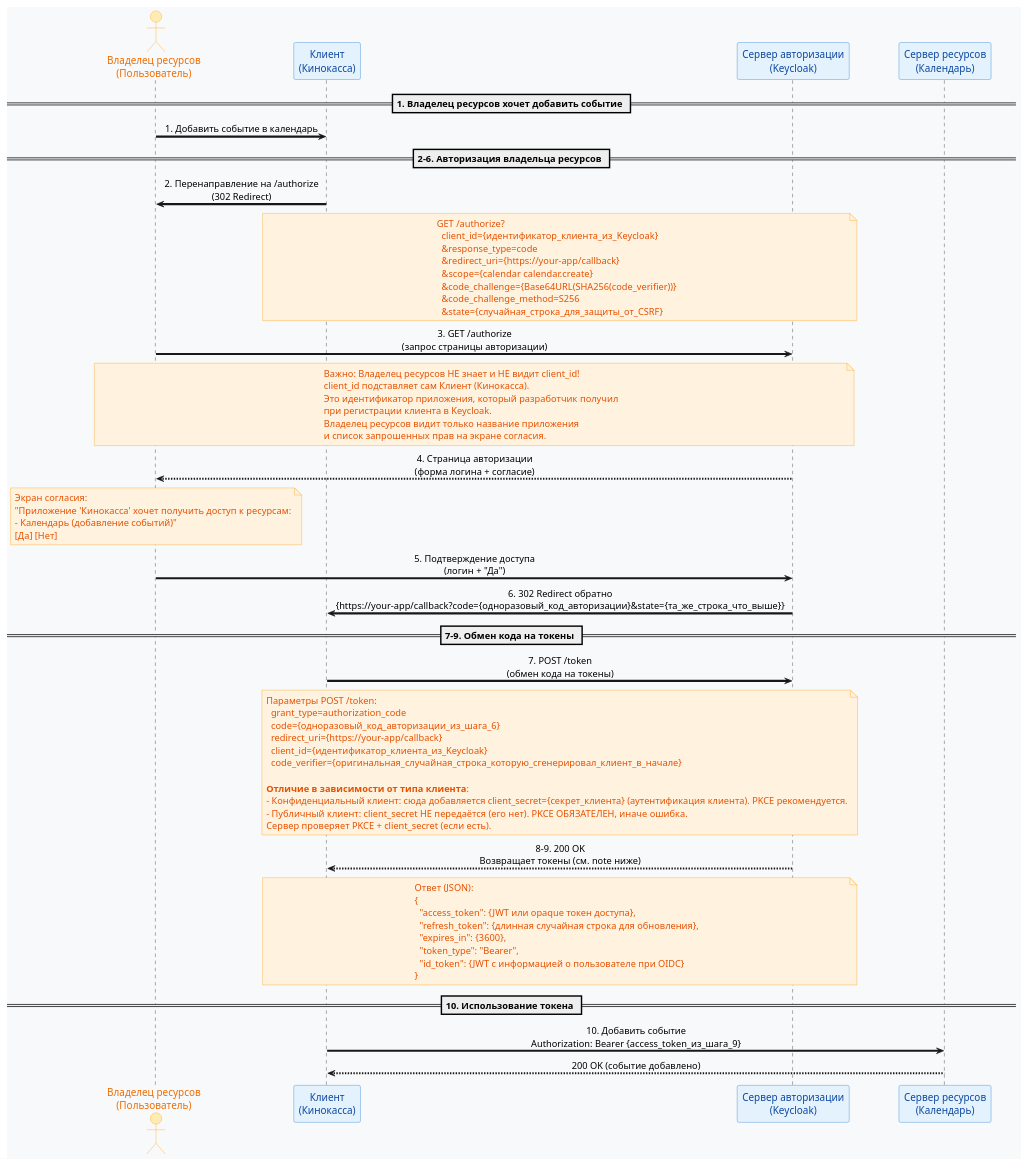
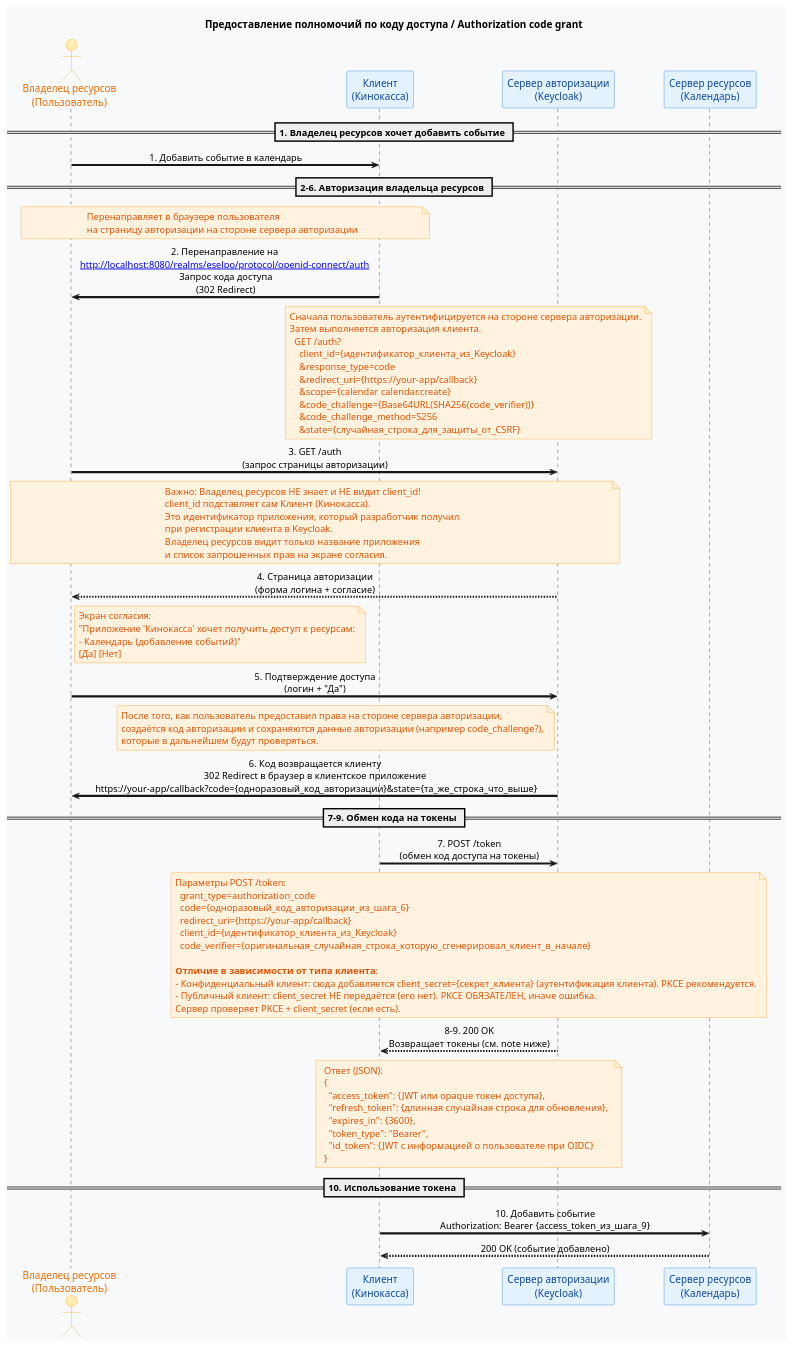
The diagram in Authorization code grant grok.puml (olaaa/plant-uml-oauth-oidc), drawn with PlantUML before and after one commit.

```diff
--- a/Authorization code grant grok.puml
+++ b/Authorization code grant grok.puml
@@ -1,109 +1,123 @@
 @startuml
 skinparam backgroundColor #F8F9FA
 skinparam ParticipantPadding 30
 skinparam BoxPadding 15
 skinparam sequenceArrowThickness 3
 skinparam sequenceMessageAlign center
 
 skinparam Participant {
   BackgroundColor #E3F2FD
   BorderColor #1976D2
   FontColor #0D47A1
 }
 skinparam Actor {
   BackgroundColor #FFECB3
   BorderColor #FFA000
   FontColor #EF6C00
 }
 skinparam Note {
   BackgroundColor #FFF3E0
   BorderColor #FF9800
   FontColor #E65100
 }
 
+title Предоставление полномочий по коду доступа / Authorization code grant
+
 actor "Владелец ресурсов\n(Пользователь)" as Owner
 participant "Клиент\n(Кинокасса)" as App
 participant "Сервер авторизации\n(Keycloak)" as Auth
 participant "Сервер ресурсов\n(Календарь)" as Resource
 
 == 1. Владелец ресурсов хочет добавить событие ==
 
 Owner -> App: 1. Добавить событие в календарь
 
 == 2–6. Авторизация владельца ресурсов ==
+note over App, Owner
+  Перенаправляет в браузере пользователя
+  на страницу авторизации на стороне сервера авторизации
+end note
 
-App -> Owner: 2. Перенаправление на /authorize\n(302 Redirect)
+App -> Owner: 2. Перенаправление на \n[[http://localhost:8080/realms/eselpo/protocol/openid-connect/auth]] \nЗапрос кода доступа\n(302 Redirect)
 
 note over App, Auth
-  GET /authorize?
+Сначала пользователь аутентифицируется на стороне сервера авторизации.
+Затем выполняется авторизация клиента.
+  GET /auth?
     client_id={идентификатор_клиента_из_Keycloak}
     &response_type=code
     &redirect_uri={https://your-app/callback}
     &scope={calendar calendar.create}
     &code_challenge={Base64URL(SHA256(code_verifier))}
     &code_challenge_method=S256
     &state={случайная_строка_для_защиты_от_CSRF}
 end note
 
-Owner -> Auth: 3. GET /authorize\n(запрос страницы авторизации)
+Owner -> Auth: 3. GET /auth\n(запрос страницы авторизации)
 
 note over Owner, Auth
 Важно: Владелец ресурсов НЕ знает и НЕ видит client_id!
 client_id подставляет сам Клиент (Кинокасса).
 Это идентификатор приложения, который разработчик получил
 при регистрации клиента в Keycloak.
 Владелец ресурсов видит только название приложения
 и список запрошенных прав на экране согласия.
 end note
 
 Auth --> Owner: 4. Страница авторизации\n(форма логина + согласие)
 
-note over Owner
+note right Owner
   Экран согласия:
   "Приложение 'Кинокасса' хочет получить доступ к ресурсам:
   - Календарь (добавление событий)"
   [Да] [Нет]
 end note
 
 Owner -> Auth: 5. Подтверждение доступа\n(логин + "Да")
 
-Auth -> App: 6. 302 Redirect обратно\n{https://your-app/callback?code={одноразовый_код_авторизации}&state={та_же_строка_что_выше}}
+note left Auth
+После того, как пользователь предоставил права на стороне сервера авторизации,
+создаётся код авторизации и сохраняются данные авторизации (например code_challenge?),
+которые в дальнейшем будут проверяться.
+end note
+
+Auth -> Owner: 6. Код возвращается клиенту\n302 Redirect в браузер в клиентское приложение\n https://your-app/callback?code={одноразовый_код_авторизации}&state={та_же_строка_что_выше}
 
 == 7–9. Обмен кода на токены ==
 
-App -> Auth: 7. POST /token\n(обмен кода на токены)
+App -> Auth: 7. POST /token\n(обмен код доступа на токены)
 
 note over App, Auth
   Параметры POST /token:
     grant_type=authorization_code
     code={одноразовый_код_авторизации_из_шага_6}
     redirect_uri={https://your-app/callback}
     client_id={идентификатор_клиента_из_Keycloak}
     code_verifier={оригинальная_случайная_строка_которую_сгенерировал_клиент_в_начале}
 
   **Отличие в зависимости от типа клиента**:
   - Конфиденциальный клиент: сюда добавляется client_secret={секрет_клиента} (аутентификация клиента). PKCE рекомендуется.
   - Публичный клиент: client_secret НЕ передаётся (его нет). PKCE ОБЯЗАТЕЛЕН, иначе ошибка.
   Сервер проверяет PKCE + client_secret (если есть).
 end note
 
 Auth --> App: 8–9. 200 OK\nВозвращает токены (см. note ниже)
 
 note over Auth, App
   Ответ (JSON):
   {
     "access_token": {JWT или opaque токен доступа},
     "refresh_token": {длинная случайная строка для обновления},
     "expires_in": {3600},
     "token_type": "Bearer",
     "id_token": {JWT с информацией о пользователе при OIDC}
   }
 end note
 
 == 10. Использование токена ==
 
 App -> Resource: 10. Добавить событие\nAuthorization: Bearer {access_token_из_шага_9}
 
 Resource --> App: 200 OK (событие добавлено)
 
 @enduml
```
